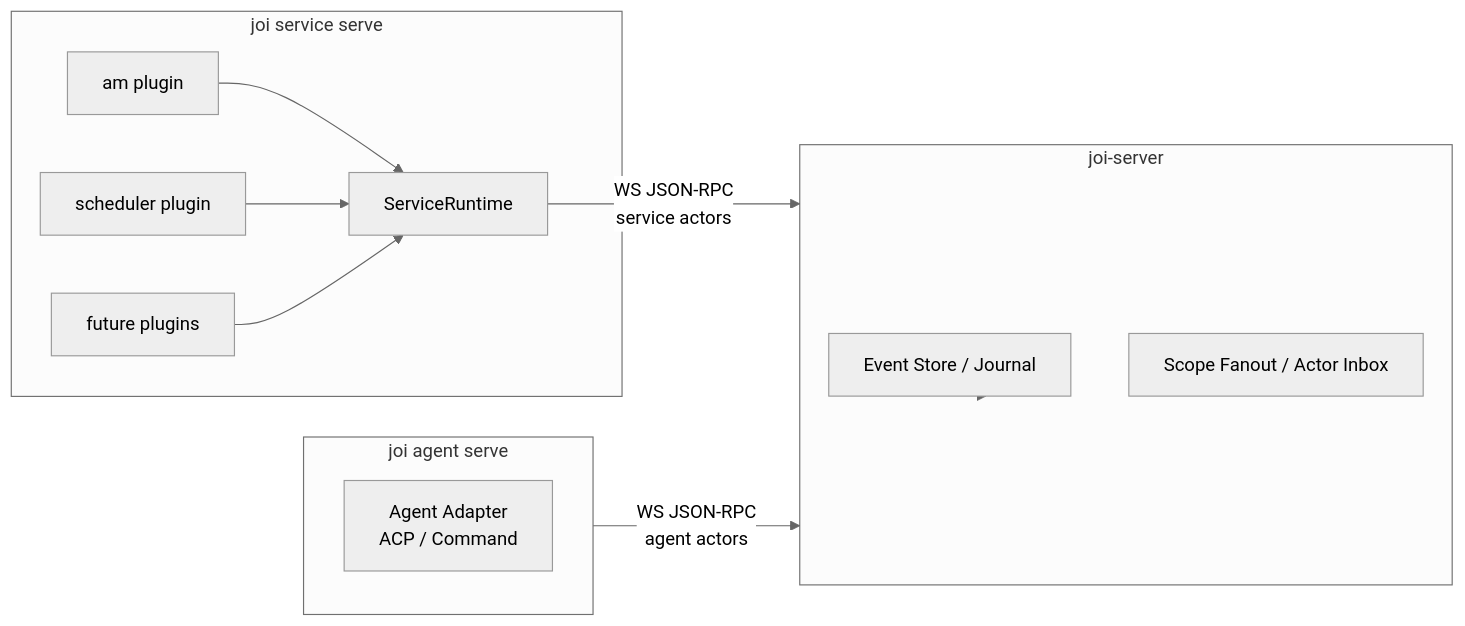
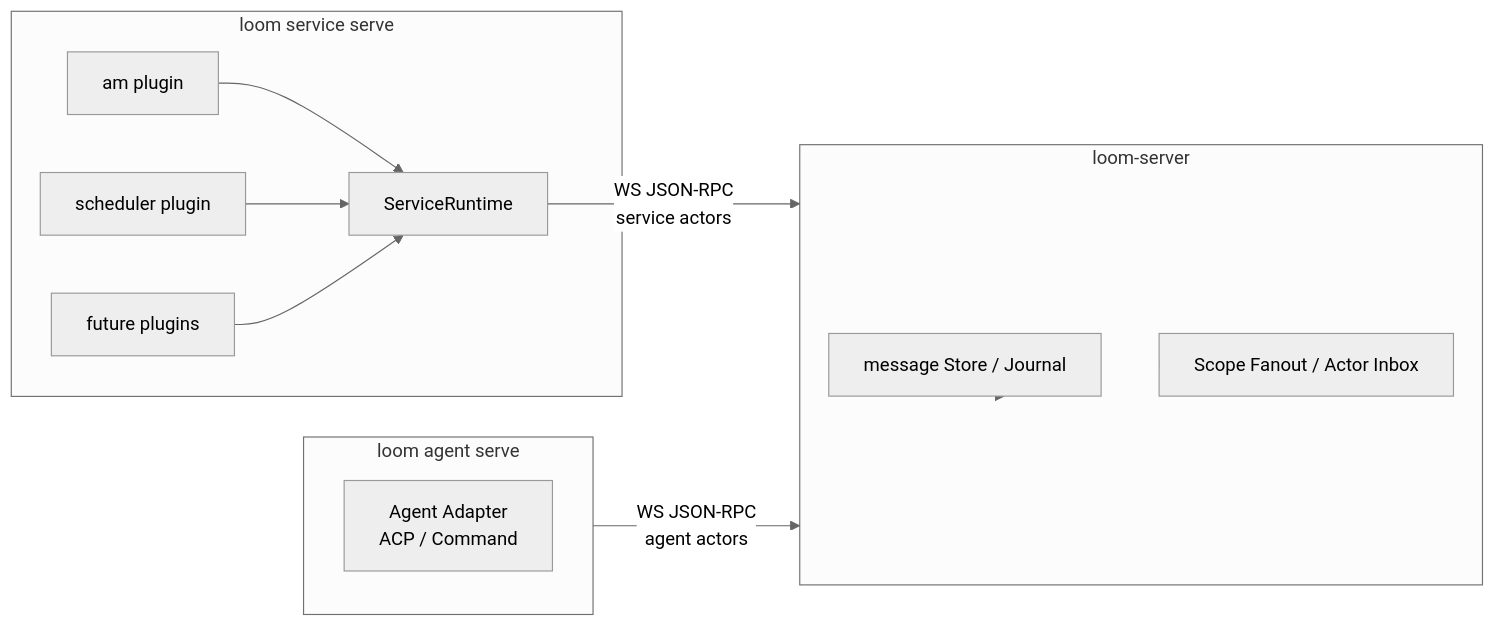
Before and after one commit to wyw-ai/loom: the first of 2 diagrams in docs/service-plugin-system-design.md, drawn with Mermaid (neutral theme). The commit also changed other lines of this file and 175 other files, not shown here.

````diff
--- a/docs/service-plugin-system-design.md
+++ b/docs/service-plugin-system-design.md
@@ -36,26 +36,26 @@
 ```mermaid
 graph LR
-    subgraph Server["joi-server"]
-        Store["Event Store / Journal"]
+    subgraph Server["loom-server"]
+        Store["message Store / Journal"]
         Fanout["Scope Fanout / Actor Inbox"]
     end
 
-    subgraph AgentHost["joi agent serve"]
+    subgraph AgentHost["loom agent serve"]
         AgentAdapter["Agent Adapter<br/>ACP / Command"]
     end
 
-    subgraph ServiceHost["joi service serve"]
+    subgraph ServiceHost["loom service serve"]
         Runtime["ServiceRuntime"]
         Am["am plugin"]
         Scheduler["scheduler plugin"]
         Future["future plugins"]
     end
 
     Am --> Runtime
     Scheduler --> Runtime
     Future --> Runtime
     Runtime -- "WS JSON-RPC<br/>service actors" --> Server
     AgentHost -- "WS JSON-RPC<br/>agent actors" --> Server
     Server --> Store
     Server --> Fanout
 ```
````
